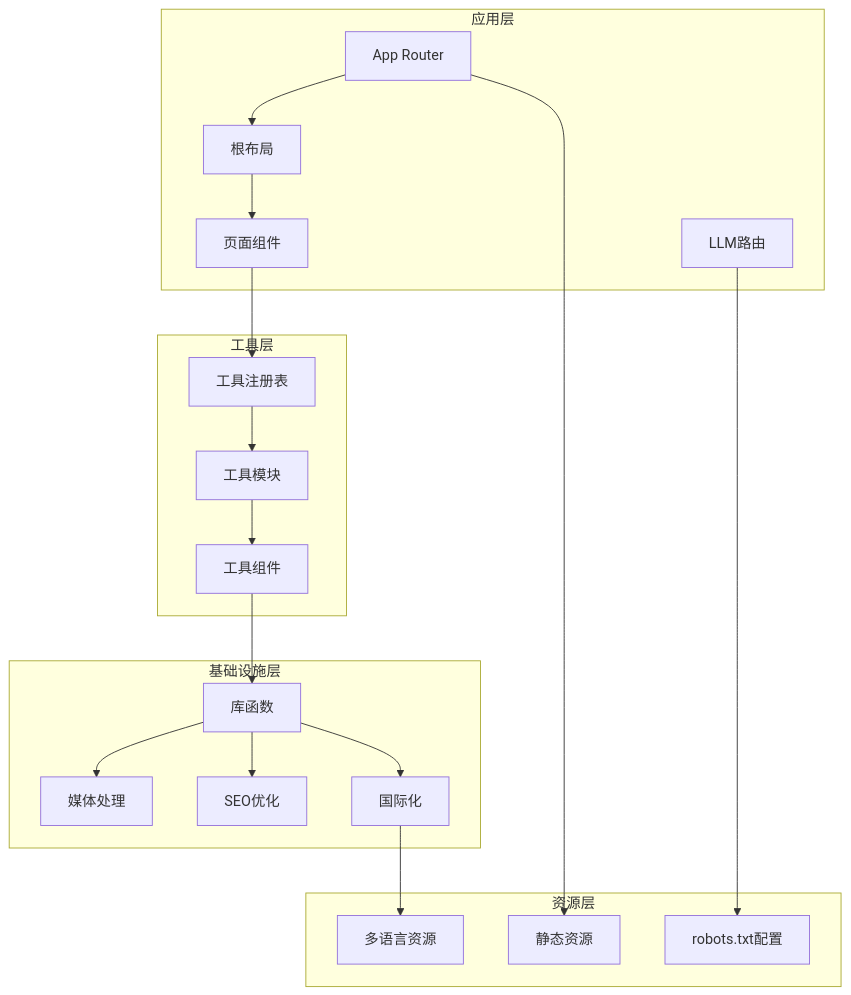
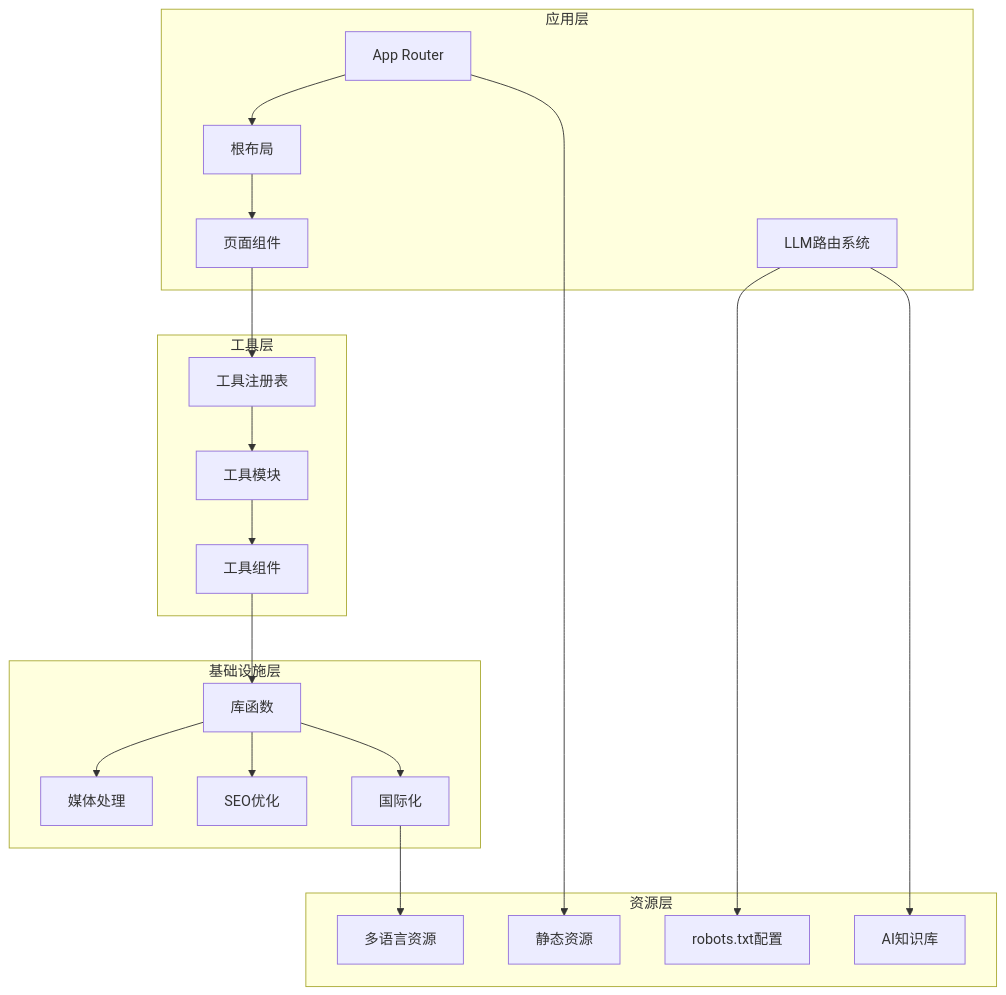
Before and after one commit to sgyy/privadeck: the first of 12 diagrams in .qoder/repowiki/zh/content/性能优化/SEO内容交付系统.md, drawn with Mermaid. The commit also changed other lines of this file and 3 other files, not shown here.

````diff
--- a/.qoder/repowiki/zh/content/性能优化/SEO内容交付系统.md
+++ b/.qoder/repowiki/zh/content/性能优化/SEO内容交付系统.md
@@ -58,37 +61,39 @@
 ```mermaid
 graph TB
 subgraph "应用层"
 APP[App Router]
 LAYOUT[根布局]
 PAGES[页面组件]
-LLM_ROUTES[LLM路由]
+LLM_ROUTES[LLM路由系统]
 end
 subgraph "工具层"
 REGISTRY[工具注册表]
 TOOLS[工具模块]
 COMPONENTS[工具组件]
 end
 subgraph "基础设施层"
 LIB[库函数]
 MEDIA[媒体处理]
 SEO[SEO优化]
 I18N[国际化]
 end
 subgraph "资源层"
 MESSAGES[多语言资源]
 PUBLIC[静态资源]
 ROBOTS_TXT[robots.txt配置]
+AI_KNOWLEDGE_BASE[AI知识库]
 end
 APP --> LAYOUT
 LAYOUT --> PAGES
 PAGES --> REGISTRY
 REGISTRY --> TOOLS
 TOOLS --> COMPONENTS
 COMPONENTS --> LIB
 LIB --> MEDIA
 LIB --> SEO
 LIB --> I18N
 I18N --> MESSAGES
+LLM_ROUTES --> AI_KNOWLEDGE_BASE
 LLM_ROUTES --> ROBOTS_TXT
 APP --> PUBLIC
 ```
````
